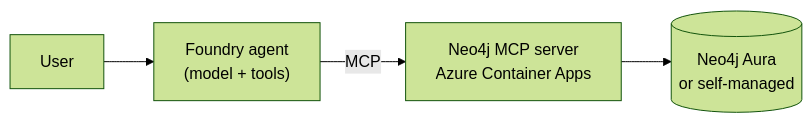
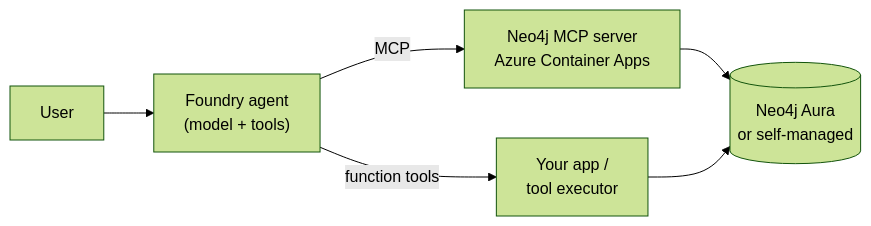
One commit to neo4j-labs/neo4j-agent-integrations changed the diagram in microsoft-foundry/README.md. Above: the diagram before and after it, drawn with Mermaid (forest theme). The commit also changed other lines of this file and 8 other files, not shown here.

First line of the commit message:
microsoft-foundry: docs polish — accurate schemas, slimmer top README, aligned auth

````diff
--- a/microsoft-foundry/README.md
+++ b/microsoft-foundry/README.md
@@ -22,6 +12,8 @@
 ```mermaid
 flowchart LR
     user["User"] --> agent["Foundry agent<br/>(model + tools)"]
     agent -->|MCP| mcp["Neo4j MCP server<br/>Azure Container Apps"]
+    agent -->|function tools| sdk["Your app /<br/>tool executor"]
     mcp --> neo4j[("Neo4j Aura<br/>or self-managed")]
+    sdk --> neo4j
 ```
````
